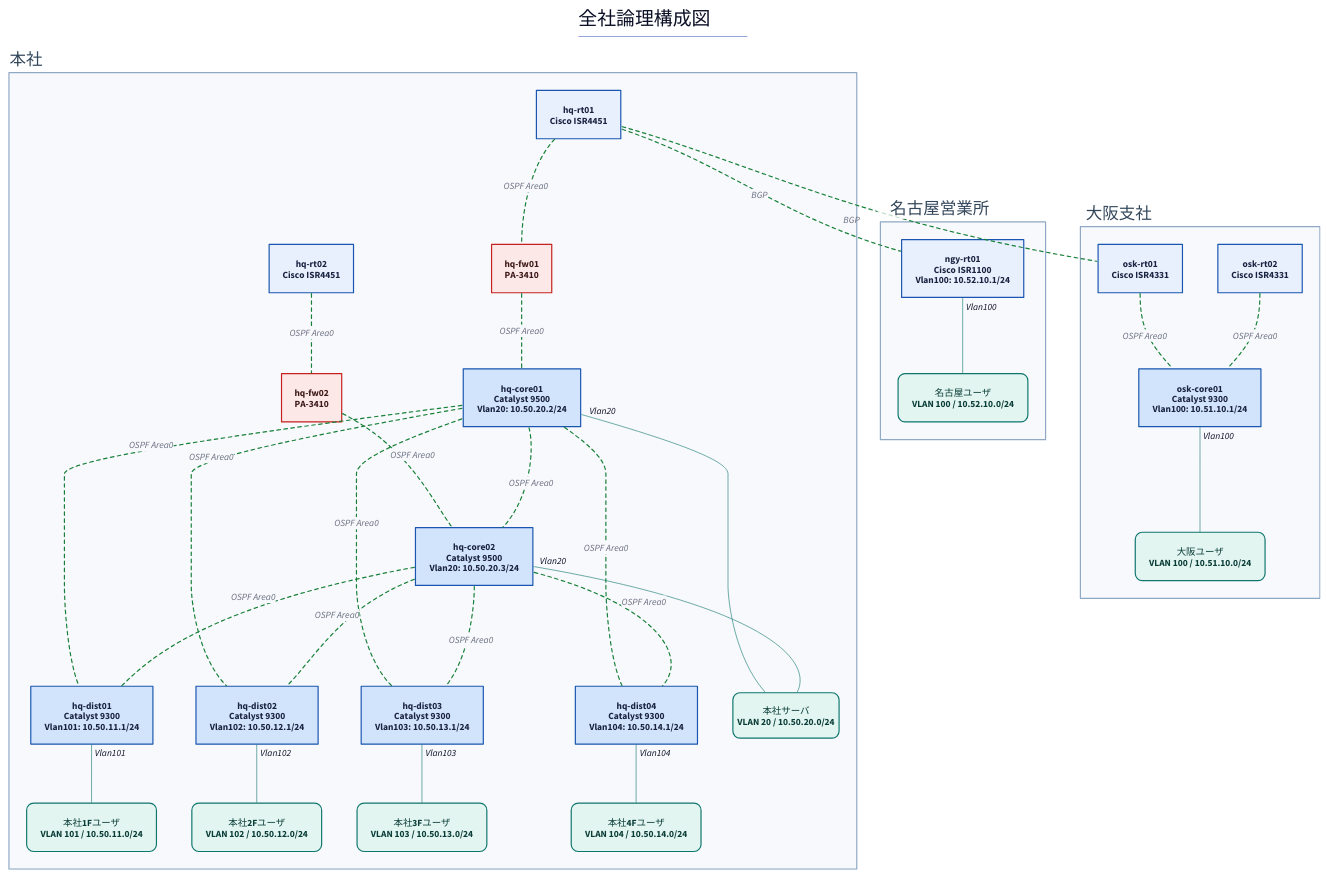
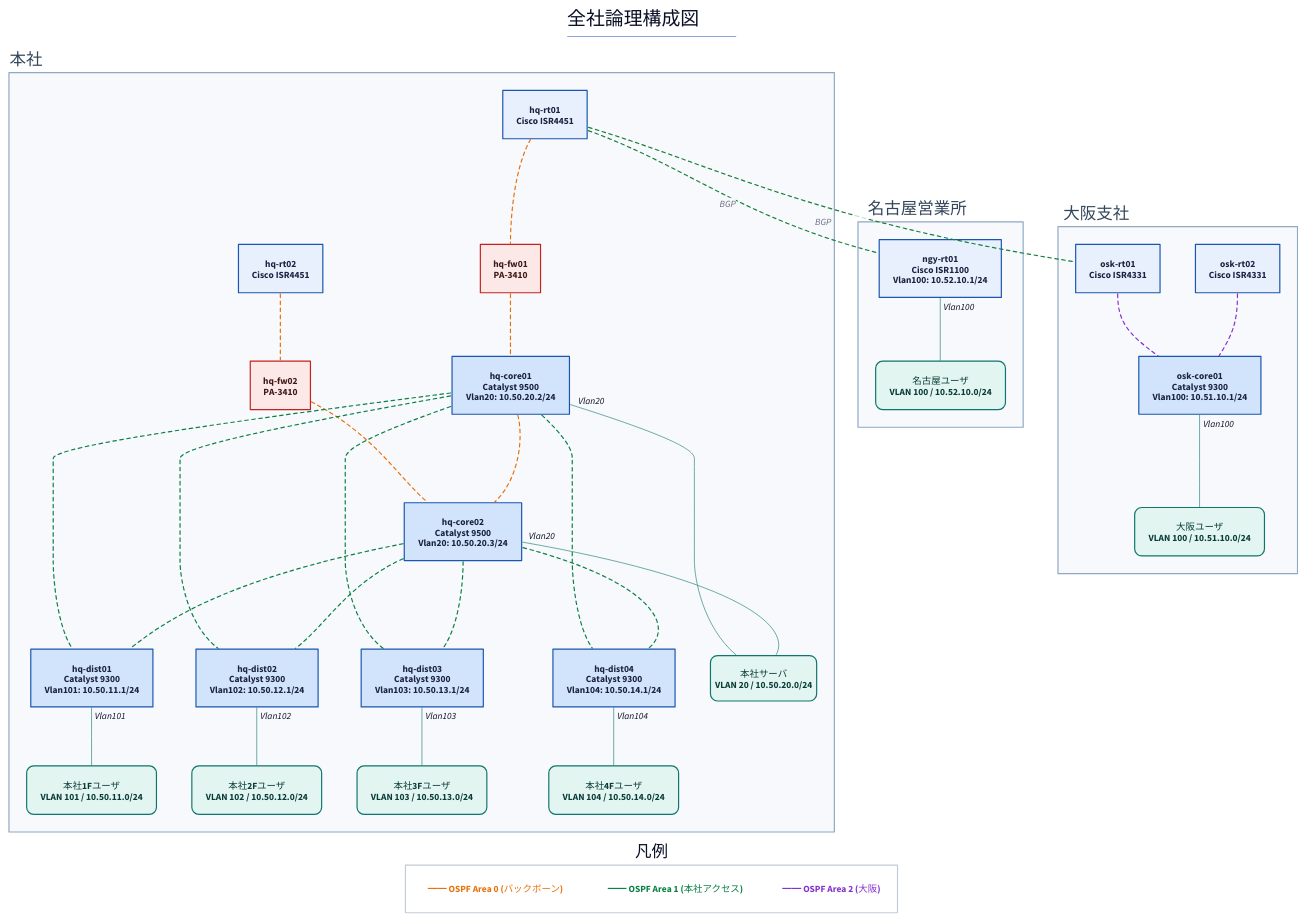
Before and after one commit to thinas1115/nwdsl: the diagram in examples/scale-50/generated/logical-all.d2, drawn with D2. The commit also changed 28 other files, not shown here.

```diff
--- a/examples/scale-50/generated/logical-all.d2
+++ b/examples/scale-50/generated/logical-all.d2
@@ -1,85 +1,93 @@
 title: |md
   # 全社論理構成図
 | {near: top-center}
 direction: down
 
 classes: {
   role-router: {style.fill: "#e8f0fe"; style.stroke: "#1a56b0"; style.font-color: "#1a2340"}
   role-l3switch: {style.fill: "#d2e3fc"; style.stroke: "#1a56b0"; style.font-color: "#1a2340"}
   role-l2switch: {style.fill: "#e6f4ea"; style.stroke: "#137333"; style.font-color: "#1a2e1f"}
   role-firewall: {style.fill: "#fce8e6"; style.stroke: "#c5221f"; style.font-color: "#3c1a19"}
   role-other: {style.fill: "#f1f3f4"; style.stroke: "#5f6368"; style.font-color: "#202124"}
   node-cloud: {shape: cloud; style.fill: "#f1f3f4"; style.stroke: "#5f6368"}
   node-site: {style.fill: "#fff8e1"; style.stroke: "#b58105"; style.font-color: "#4a3a08"}
   node-segment: {style.fill: "#e2f5f0"; style.stroke: "#0f766e"; style.font-color: "#0b3d38"; style.border-radius: 12}
   node-external: {style.fill: "#ffffff"; style.stroke: "#9aa0a6"; style.stroke-dash: 3}
   group-site: {style.fill: "#f7f9fc"; style.stroke: "#8fa8c4"; style.font-color: "#33475b"}
   edge-label: {style.fill: "transparent"; style.stroke: "transparent"; style.font-size: 14; style.font-color: "#5f6368"; style.italic: true}
   edge-lan-cable: {style.stroke: "#4a4a4a"; style.stroke-width: 2}
   edge-wan-circuit: {style.stroke: "#1a73e8"; style.stroke-width: 4}
   edge-tunnel: {style.stroke: "#7b1fa2"; style.stroke-width: 2; style.stroke-dash: 5}
   edge-logical: {style.stroke: "#188038"; style.stroke-width: 2; style.stroke-dash: 3}
   edge-segment: {style.stroke: "#0f766e"; style.stroke-width: 1}
 }
 
 s_hq: "本社" {
   class: group-site
   label.near: outside-top-left
   n_hq_rt01: "hq-rt01\nCisco ISR4451" {class: role-router}
   n_hq_fw01: "hq-fw01\nPA-3410" {class: role-firewall}
   n_hq_rt02: "hq-rt02\nCisco ISR4451" {class: role-router}
   n_hq_fw02: "hq-fw02\nPA-3410" {class: role-firewall}
   n_hq_core01: "hq-core01\nCatalyst 9500\nVlan20: 10.50.20.2/24" {class: role-l3switch}
   n_hq_core02: "hq-core02\nCatalyst 9500\nVlan20: 10.50.20.3/24" {class: role-l3switch}
   n_hq_dist01: "hq-dist01\nCatalyst 9300\nVlan101: 10.50.11.1/24" {class: role-l3switch}
   n_hq_dist02: "hq-dist02\nCatalyst 9300\nVlan102: 10.50.12.1/24" {class: role-l3switch}
   n_hq_dist03: "hq-dist03\nCatalyst 9300\nVlan103: 10.50.13.1/24" {class: role-l3switch}
   n_hq_dist04: "hq-dist04\nCatalyst 9300\nVlan104: 10.50.14.1/24" {class: role-l3switch}
   n_seg__hq_srv: "本社サーバ\nVLAN 20 / 10.50.20.0/24" {class: node-segment; width: 180}
   n_seg__hq_fl1: "本社1Fユーザ\nVLAN 101 / 10.50.11.0/24" {class: node-segment}
   n_seg__hq_fl2: "本社2Fユーザ\nVLAN 102 / 10.50.12.0/24" {class: node-segment}
   n_seg__hq_fl3: "本社3Fユーザ\nVLAN 103 / 10.50.13.0/24" {class: node-segment}
   n_seg__hq_fl4: "本社4Fユーザ\nVLAN 104 / 10.50.14.0/24" {class: node-segment}
 }
 
 s_osk: "大阪支社" {
   class: group-site
   label.near: outside-top-left
   n_osk_rt01: "osk-rt01\nCisco ISR4331" {class: role-router}
   n_osk_core01: "osk-core01\nCatalyst 9300\nVlan100: 10.51.10.1/24" {class: role-l3switch}
   n_osk_rt02: "osk-rt02\nCisco ISR4331" {class: role-router}
   n_seg__osk_lan: "大阪ユーザ\nVLAN 100 / 10.51.10.0/24" {class: node-segment}
 }
 
 s_ngy: "名古屋営業所" {
   class: group-site
   label.near: outside-top-left
   n_ngy_rt01: "ngy-rt01\nCisco ISR1100\nVlan100: 10.52.10.1/24" {class: role-router}
   n_seg__ngy_lan: "名古屋ユーザ\nVLAN 100 / 10.52.10.0/24" {class: node-segment}
 }
 
-s_hq.n_hq_rt01 -- s_hq.n_hq_fw01: "OSPF Area0" {class: edge-logical}
-s_hq.n_hq_rt02 -- s_hq.n_hq_fw02: "OSPF Area0" {class: edge-logical}
-s_hq.n_hq_fw01 -- s_hq.n_hq_core01: "OSPF Area0" {class: edge-logical}
-s_hq.n_hq_fw02 -- s_hq.n_hq_core02: "OSPF Area0" {class: edge-logical}
-s_hq.n_hq_core01 -- s_hq.n_hq_core02: "OSPF Area0" {class: edge-logical}
-s_hq.n_hq_core01 -- s_hq.n_hq_dist01: "OSPF Area0" {class: edge-logical}
-s_hq.n_hq_core02 -- s_hq.n_hq_dist01: "OSPF Area0" {class: edge-logical}
-s_hq.n_hq_core01 -- s_hq.n_hq_dist02: "OSPF Area0" {class: edge-logical}
-s_hq.n_hq_core02 -- s_hq.n_hq_dist02: "OSPF Area0" {class: edge-logical}
-s_hq.n_hq_core01 -- s_hq.n_hq_dist03: "OSPF Area0" {class: edge-logical}
-s_hq.n_hq_core02 -- s_hq.n_hq_dist03: "OSPF Area0" {class: edge-logical}
-s_hq.n_hq_core01 -- s_hq.n_hq_dist04: "OSPF Area0" {class: edge-logical}
-s_hq.n_hq_core02 -- s_hq.n_hq_dist04: "OSPF Area0" {class: edge-logical}
-s_osk.n_osk_rt01 -- s_osk.n_osk_core01: "OSPF Area0" {class: edge-logical}
-s_osk.n_osk_rt02 -- s_osk.n_osk_core01: "OSPF Area0" {class: edge-logical}
+s_hq.n_hq_rt01 -- s_hq.n_hq_fw01 {class: edge-logical; style.stroke: "#e8710a"}
+s_hq.n_hq_rt02 -- s_hq.n_hq_fw02 {class: edge-logical; style.stroke: "#e8710a"}
+s_hq.n_hq_fw01 -- s_hq.n_hq_core01 {class: edge-logical; style.stroke: "#e8710a"}
+s_hq.n_hq_fw02 -- s_hq.n_hq_core02 {class: edge-logical; style.stroke: "#e8710a"}
+s_hq.n_hq_core01 -- s_hq.n_hq_core02 {class: edge-logical; style.stroke: "#e8710a"}
+s_hq.n_hq_core01 -- s_hq.n_hq_dist01 {class: edge-logical; style.stroke: "#0b8043"}
+s_hq.n_hq_core02 -- s_hq.n_hq_dist01 {class: edge-logical; style.stroke: "#0b8043"}
+s_hq.n_hq_core01 -- s_hq.n_hq_dist02 {class: edge-logical; style.stroke: "#0b8043"}
+s_hq.n_hq_core02 -- s_hq.n_hq_dist02 {class: edge-logical; style.stroke: "#0b8043"}
+s_hq.n_hq_core01 -- s_hq.n_hq_dist03 {class: edge-logical; style.stroke: "#0b8043"}
+s_hq.n_hq_core02 -- s_hq.n_hq_dist03 {class: edge-logical; style.stroke: "#0b8043"}
+s_hq.n_hq_core01 -- s_hq.n_hq_dist04 {class: edge-logical; style.stroke: "#0b8043"}
+s_hq.n_hq_core02 -- s_hq.n_hq_dist04 {class: edge-logical; style.stroke: "#0b8043"}
+s_osk.n_osk_rt01 -- s_osk.n_osk_core01 {class: edge-logical; style.stroke: "#8430ce"}
+s_osk.n_osk_rt02 -- s_osk.n_osk_core01 {class: edge-logical; style.stroke: "#8430ce"}
 s_hq.n_hq_rt01 -- s_osk.n_osk_rt01: "BGP" {class: edge-logical}
 s_hq.n_hq_rt01 -- s_ngy.n_ngy_rt01: "BGP" {class: edge-logical}
 s_hq.n_hq_core01 -- s_hq.n_seg__hq_srv {class: edge-segment; source-arrowhead.label: "Vlan20"}
 s_hq.n_hq_core02 -- s_hq.n_seg__hq_srv {class: edge-segment; source-arrowhead.label: "Vlan20"}
 s_osk.n_osk_core01 -- s_osk.n_seg__osk_lan {class: edge-segment; source-arrowhead.label: "Vlan100"}
 s_ngy.n_ngy_rt01 -- s_ngy.n_seg__ngy_lan {class: edge-segment; source-arrowhead.label: "Vlan100"}
 s_hq.n_hq_dist01 -- s_hq.n_seg__hq_fl1 {class: edge-segment; source-arrowhead.label: "Vlan101"}
 s_hq.n_hq_dist02 -- s_hq.n_seg__hq_fl2 {class: edge-segment; source-arrowhead.label: "Vlan102"}
 s_hq.n_hq_dist03 -- s_hq.n_seg__hq_fl3 {class: edge-segment; source-arrowhead.label: "Vlan103"}
 s_hq.n_hq_dist04 -- s_hq.n_seg__hq_fl4 {class: edge-segment; source-arrowhead.label: "Vlan104"}
+
+_legend: "凡例" {
+  near: bottom-center
+  style.fill: "#ffffff"; style.stroke: "#c3ccd6"
+  d0: "━━ OSPF Area 0 (バックボーン)" {shape: text; style.font-color: "#e8710a"; style.bold: true}
+  d1: "━━ OSPF Area 1 (本社アクセス)" {shape: text; style.font-color: "#0b8043"; style.bold: true}
+  d2: "━━ OSPF Area 2 (大阪)" {shape: text; style.font-color: "#8430ce"; style.bold: true}
+}
```
